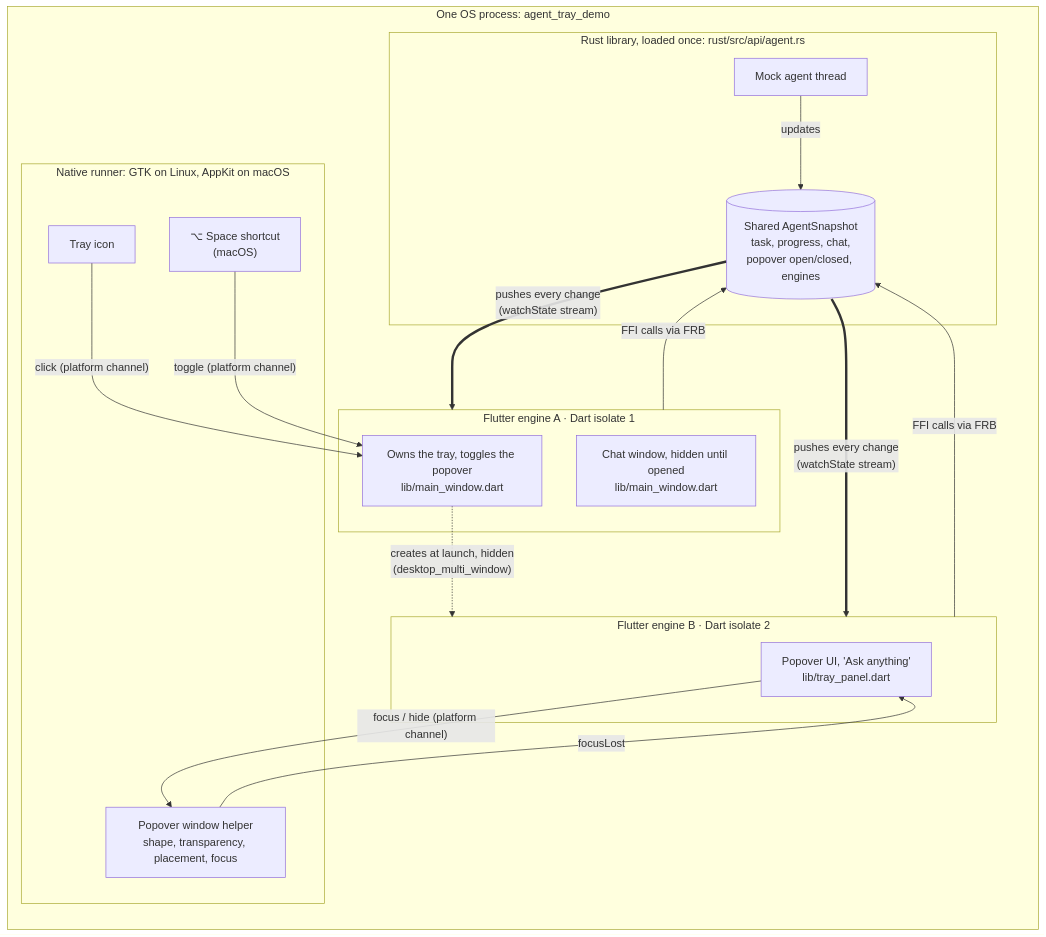
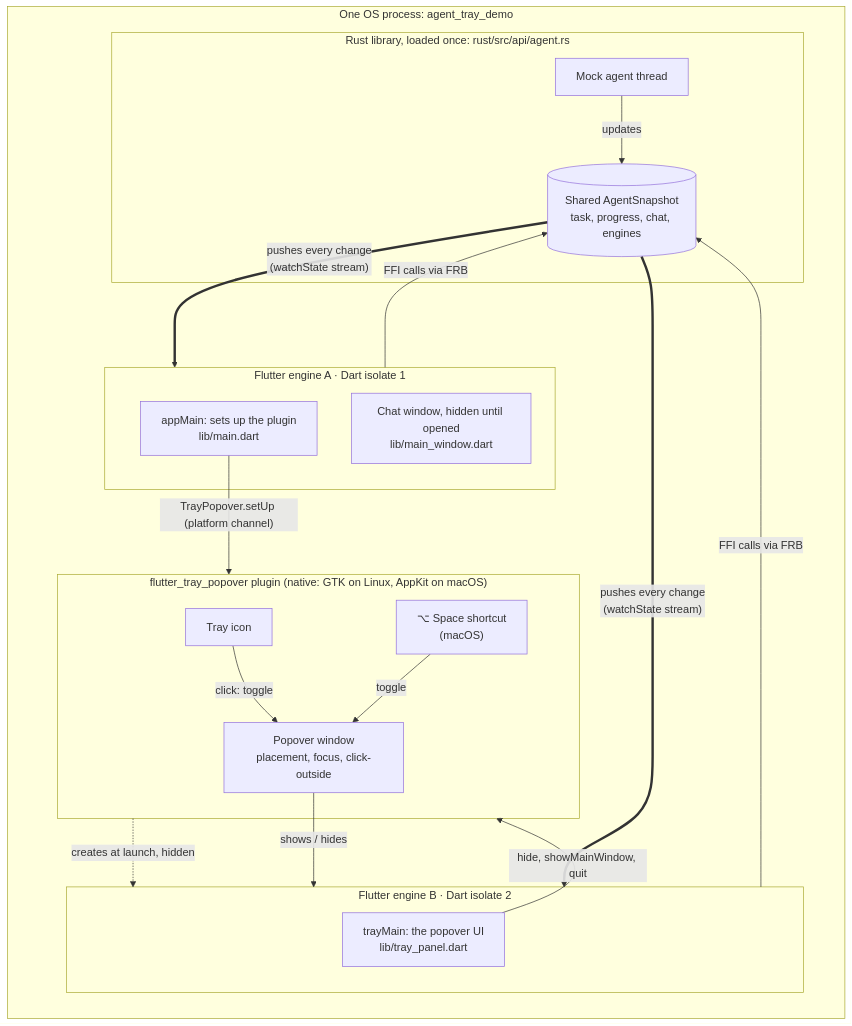
One commit to vymalo/frb-tray-spike changed the first of 4 diagrams in README.md. Above: the diagram before and after it, drawn with Mermaid. The commit also changed other lines of this file and 45 other files, not shown here.

First line of the commit message:
Move the tray and popover into a flutter_tray_popover plugin

````diff
--- a/README.md
+++ b/README.md
@@ -23,33 +25,34 @@
 ```mermaid
 flowchart TB
     subgraph PROC["One OS process: agent_tray_demo"]
         direction TB
-        subgraph RUNNER["Native runner: GTK on Linux, AppKit on macOS"]
+        subgraph PLUGIN["flutter_tray_popover plugin (native: GTK on Linux, AppKit on macOS)"]
             TRAY["Tray icon"]
-            WIN["Popover window helper<br/>shape, transparency, placement, focus"]
+            WIN["Popover window<br/>placement, focus, click-outside"]
             KEY["⌥ Space shortcut<br/>(macOS)"]
         end
         subgraph A["Flutter engine A · Dart isolate 1"]
-            A1["Owns the tray, toggles the popover<br/>lib/main_window.dart"]
+            A1["appMain: sets up the plugin<br/>lib/main.dart"]
             A2["Chat window, hidden until opened<br/>lib/main_window.dart"]
         end
         subgraph B["Flutter engine B · Dart isolate 2"]
-            B1["Popover UI, 'Ask anything'<br/>lib/tray_panel.dart"]
+            B1["trayMain: the popover UI<br/>lib/tray_panel.dart"]
         end
         subgraph RUST["Rust library, loaded once: rust/src/api/agent.rs"]
-            STATE[("Shared AgentSnapshot<br/>task, progress, chat,<br/>popover open/closed, engines")]
+            STATE[("Shared AgentSnapshot<br/>task, progress, chat, engines")]
             AGENT["Mock agent thread"]
         end
     end
 
-    TRAY -- "click (platform channel)" --> A1
-    KEY -- "toggle (platform channel)" --> A1
-    A1 -. "creates at launch, hidden<br/>(desktop_multi_window)" .-> B
-    B1 -- "focus / hide (platform channel)" --> WIN
-    WIN -- "focusLost" --> B1
+    A1 -- "TrayPopover.setUp (platform channel)" --> PLUGIN
+    PLUGIN -. "creates at launch, hidden" .-> B
+    TRAY -- "click: toggle" --> WIN
+    KEY -- "toggle" --> WIN
+    WIN -- "shows / hides" --> B
+    B1 -- "hide, showMainWindow, quit" --> PLUGIN
     A -- "FFI calls via FRB" --> STATE
     B -- "FFI calls via FRB" --> STATE
     AGENT -- "updates" --> STATE
     STATE == "pushes every change<br/>(watchState stream)" ==> A
     STATE == "pushes every change<br/>(watchState stream)" ==> B
 ```
````
